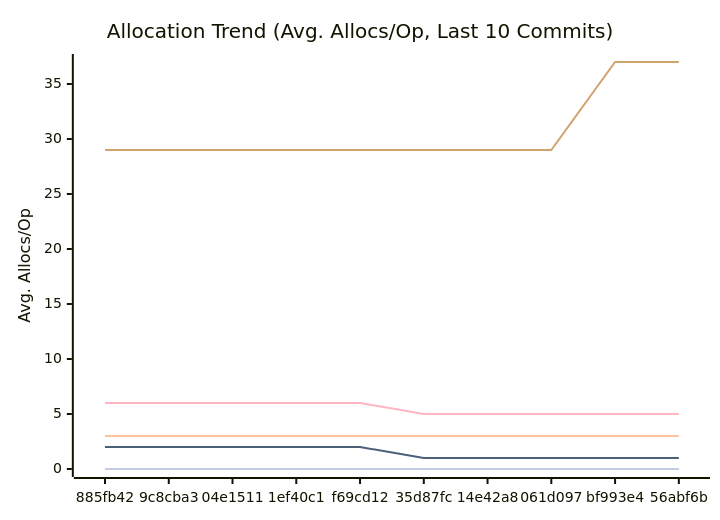
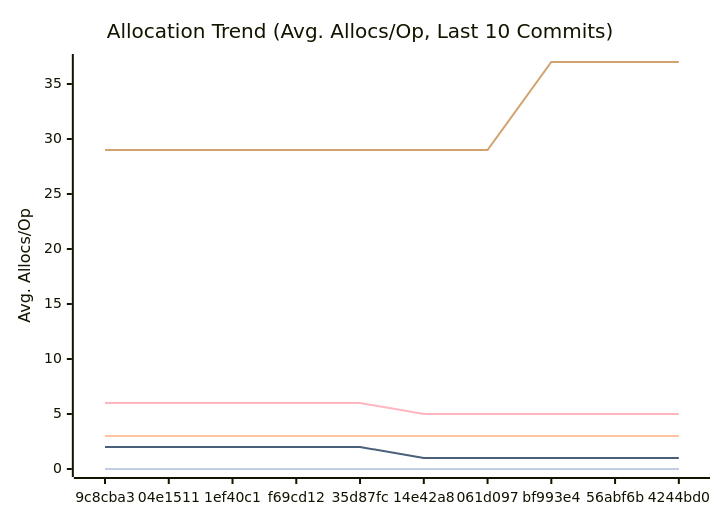
Before and after one commit to alsotoes/momo: the third of 3 diagrams in docs/PERFORMANCE.md, drawn with Mermaid. The commit also changed other lines of this file and 3 other files, not shown here.

````diff
--- a/docs/PERFORMANCE.md
+++ b/docs/PERFORMANCE.md
@@ -114,16 +114,16 @@
 ```mermaid
 xychart-beta
     title "Allocation Trend (Avg. Allocs/Op, Last 10 Commits)"
     x-axis "Commit"
     y-axis "Avg. Allocs/Op"
-    x-axis [885fb42,9c8cba3,04e1511,1ef40c1,f69cd12,35d87fc,14e42a8,061d097,bf993e4,56abf6b]
+    x-axis [9c8cba3,04e1511,1ef40c1,f69cd12,35d87fc,14e42a8,061d097,bf993e4,56abf6b,4244bd0]
     line "CheckMetricsAndSwap" [0,0,0,0,0,0,0,0,0,0]
     line "CrushOptimized" [0,0,0,0,0,0,0,0,0,0]
     line "CrushOriginal" [3,3,3,3,3,3,3,3,3,3]
     line "IndexDirectTracking" [0,0,0,0,0,0,0,0,0,0]
     line "IndexSearch" [0,0,0,0,0,0,0,0,0,0]
-    line "LoadGlobalConfig" [29,29,29,29,29,29,29,29,37,37]
+    line "LoadGlobalConfig" [29,29,29,29,29,29,29,37,37,37]
     line "PadString" [0,0,0,0,0,0,0,0,0,0]
     line "ParseReplicationOrder_NoPrealloc" [6,6,6,6,6,5,5,5,5,5]
     line "ParseReplicationOrder_Prealloc" [2,2,2,2,2,1,1,1,1,1]
 ```
````
